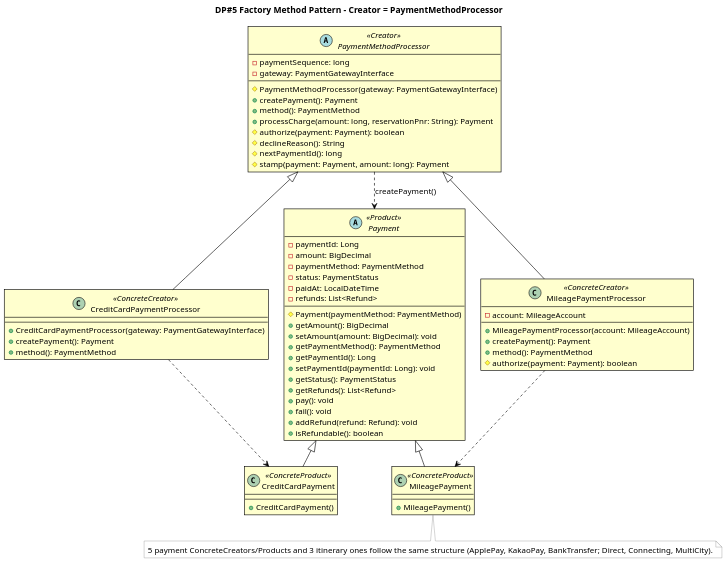
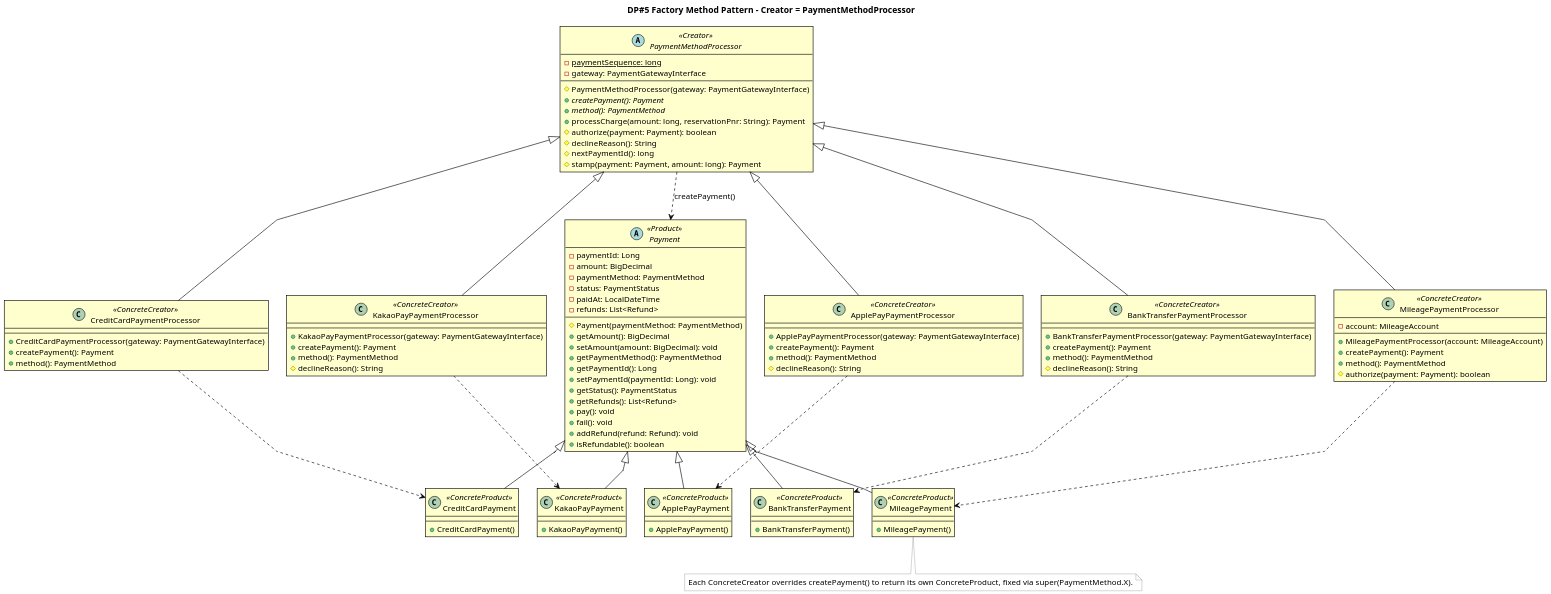
One commit to gimjungwook/KoreanAirReservationDomain changed the diagram in docs/diagrams/iter4-puml/en/dp5-factory-method.puml. Above: the diagram before and after it, drawn with PlantUML. The commit also changed 103 other files, not shown here.

First line of the commit message:
Iteration 4: canonical DP numbering and align diagrams to source

```diff
--- a/docs/diagrams/iter4-puml/en/dp5-factory-method.puml
+++ b/docs/diagrams/iter4-puml/en/dp5-factory-method.puml
@@ -1,91 +1,148 @@
 @startuml dp5-factory-method
 skinparam backgroundColor #FFFFFF
 skinparam shadowing false
 skinparam roundcorner 0
 skinparam linetype polyline
-skinparam nodesep 26
-skinparam ranksep 42
+skinparam nodesep 30
+skinparam ranksep 60
 skinparam defaultFontName "Helvetica Neue"
 skinparam defaultFontSize 13
 skinparam dpi 150
 skinparam class {
   BackgroundColor #FFFFCE
   BorderColor #000000
   BorderThickness 1
   ArrowColor #000000
   ArrowThickness 1
   FontColor #000000
   FontName "Helvetica Neue"
   AttributeFontColor #000000
   AttributeFontName "Helvetica Neue"
   StereotypeFontColor #000000
 }
 skinparam note {
   BackgroundColor #FFFFFF
   BorderColor #777777
   FontColor #000000
 }
 
 title DP#5 Factory Method Pattern - Creator = PaymentMethodProcessor
+
 abstract class PaymentMethodProcessor <<Creator>> {
-  -paymentSequence: long
+  -paymentSequence: long {static}
   -gateway: PaymentGatewayInterface
   --
   #PaymentMethodProcessor(gateway: PaymentGatewayInterface)
-  +createPayment(): Payment
-  +method(): PaymentMethod
+  +{abstract} createPayment(): Payment
+  +{abstract} method(): PaymentMethod
   +processCharge(amount: long, reservationPnr: String): Payment
   #authorize(payment: Payment): boolean
   #declineReason(): String
   #nextPaymentId(): long
   #stamp(payment: Payment, amount: long): Payment
-}
-class CreditCardPaymentProcessor <<ConcreteCreator>> {
-  +CreditCardPaymentProcessor(gateway: PaymentGatewayInterface)
-  +createPayment(): Payment
-  +method(): PaymentMethod
-}
-class MileagePaymentProcessor <<ConcreteCreator>> {
-  -account: MileageAccount
-  --
-  +MileagePaymentProcessor(account: MileageAccount)
-  +createPayment(): Payment
-  +method(): PaymentMethod
-  #authorize(payment: Payment): boolean
 }
 abstract class Payment <<Product>> {
   -paymentId: Long
   -amount: BigDecimal
   -paymentMethod: PaymentMethod
   -status: PaymentStatus
   -paidAt: LocalDateTime
   -refunds: List<Refund>
   --
   #Payment(paymentMethod: PaymentMethod)
   +getAmount(): BigDecimal
   +setAmount(amount: BigDecimal): void
   +getPaymentMethod(): PaymentMethod
   +getPaymentId(): Long
   +setPaymentId(paymentId: Long): void
   +getStatus(): PaymentStatus
   +getRefunds(): List<Refund>
   +pay(): void
   +fail(): void
   +addRefund(refund: Refund): void
   +isRefundable(): boolean
 }
+
+class CreditCardPaymentProcessor <<ConcreteCreator>> {
+  +CreditCardPaymentProcessor(gateway: PaymentGatewayInterface)
+  +createPayment(): Payment
+  +method(): PaymentMethod
+}
+class KakaoPayPaymentProcessor <<ConcreteCreator>> {
+  +KakaoPayPaymentProcessor(gateway: PaymentGatewayInterface)
+  +createPayment(): Payment
+  +method(): PaymentMethod
+  #declineReason(): String
+}
+class ApplePayPaymentProcessor <<ConcreteCreator>> {
+  +ApplePayPaymentProcessor(gateway: PaymentGatewayInterface)
+  +createPayment(): Payment
+  +method(): PaymentMethod
+  #declineReason(): String
+}
+class BankTransferPaymentProcessor <<ConcreteCreator>> {
+  +BankTransferPaymentProcessor(gateway: PaymentGatewayInterface)
+  +createPayment(): Payment
+  +method(): PaymentMethod
+  #declineReason(): String
+}
+class MileagePaymentProcessor <<ConcreteCreator>> {
+  -account: MileageAccount
+  --
+  +MileagePaymentProcessor(account: MileageAccount)
+  +createPayment(): Payment
+  +method(): PaymentMethod
+  #authorize(payment: Payment): boolean
+}
+
 class CreditCardPayment <<ConcreteProduct>> {
   +CreditCardPayment()
+}
+class KakaoPayPayment <<ConcreteProduct>> {
+  +KakaoPayPayment()
+}
+class ApplePayPayment <<ConcreteProduct>> {
+  +ApplePayPayment()
+}
+class BankTransferPayment <<ConcreteProduct>> {
+  +BankTransferPayment()
 }
 class MileagePayment <<ConcreteProduct>> {
   +MileagePayment()
 }
+
+' Keep the two parents on one rank so the factory-method dependency sits cleanly between them.
+PaymentMethodProcessor -[hidden]right- Payment
+PaymentMethodProcessor ..> Payment : createPayment()
+
+' Generalizations: ConcreteCreator -|> Creator, ConcreteProduct -|> Product.
 PaymentMethodProcessor <|-- CreditCardPaymentProcessor
+PaymentMethodProcessor <|-- KakaoPayPaymentProcessor
+PaymentMethodProcessor <|-- ApplePayPaymentProcessor
+PaymentMethodProcessor <|-- BankTransferPaymentProcessor
 PaymentMethodProcessor <|-- MileagePaymentProcessor
 Payment <|-- CreditCardPayment
+Payment <|-- KakaoPayPayment
+Payment <|-- ApplePayPayment
+Payment <|-- BankTransferPayment
 Payment <|-- MileagePayment
-PaymentMethodProcessor ..> Payment : createPayment()
+
+' Order the two 5-wide fans identically so each ..> create arrow runs straight down.
+CreditCardPaymentProcessor -[hidden]right- KakaoPayPaymentProcessor
+KakaoPayPaymentProcessor -[hidden]right- ApplePayPaymentProcessor
+ApplePayPaymentProcessor -[hidden]right- BankTransferPaymentProcessor
+BankTransferPaymentProcessor -[hidden]right- MileagePaymentProcessor
+CreditCardPayment -[hidden]right- KakaoPayPayment
+KakaoPayPayment -[hidden]right- ApplePayPayment
+ApplePayPayment -[hidden]right- BankTransferPayment
+BankTransferPayment -[hidden]right- MileagePayment
+
+' Each ConcreteCreator instantiates exactly its own ConcreteProduct (factory-method body).
 CreditCardPaymentProcessor ..> CreditCardPayment
+KakaoPayPaymentProcessor ..> KakaoPayPayment
+ApplePayPaymentProcessor ..> ApplePayPayment
+BankTransferPaymentProcessor ..> BankTransferPayment
 MileagePaymentProcessor ..> MileagePayment
-note bottom : 5 payment ConcreteCreators/Products and 3 itinerary ones follow the same structure (ApplePay, KakaoPay, BankTransfer; Direct, Connecting, MultiCity).
+
+note bottom : Each ConcreteCreator overrides createPayment() to return its own ConcreteProduct, fixed via super(PaymentMethod.X).
 @enduml
```
